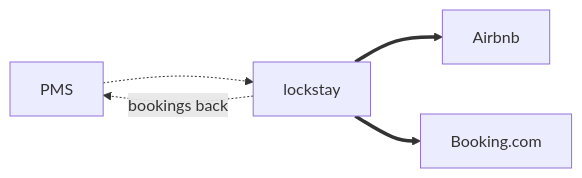
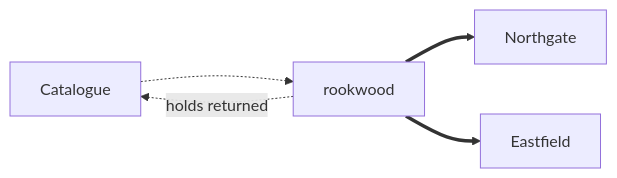
Before and after one commit to Neaox/quill: the seventh of 7 diagrams in packages/markdown/corpus/20-architecture-map.md, drawn with Mermaid. The commit also changed other lines of this file and 90 other files, not shown here.

````diff
--- a/packages/markdown/corpus/20-architecture-map.md
+++ b/packages/markdown/corpus/20-architecture-map.md
@@ -176,7 +176,7 @@
 ```mermaid
 flowchart LR
-  pms[PMS] -.-> lockstay
-  lockstay ==> airbnb[Airbnb]
-  lockstay ==> booking[Booking.com]
-  lockstay -.->|bookings back| pms
+  ils[Catalogue] -.-> rookwood
+  rookwood ==> northgate[Northgate]
+  rookwood ==> eastfield[Eastfield]
+  rookwood -.->|holds returned| ils
 ```
````
